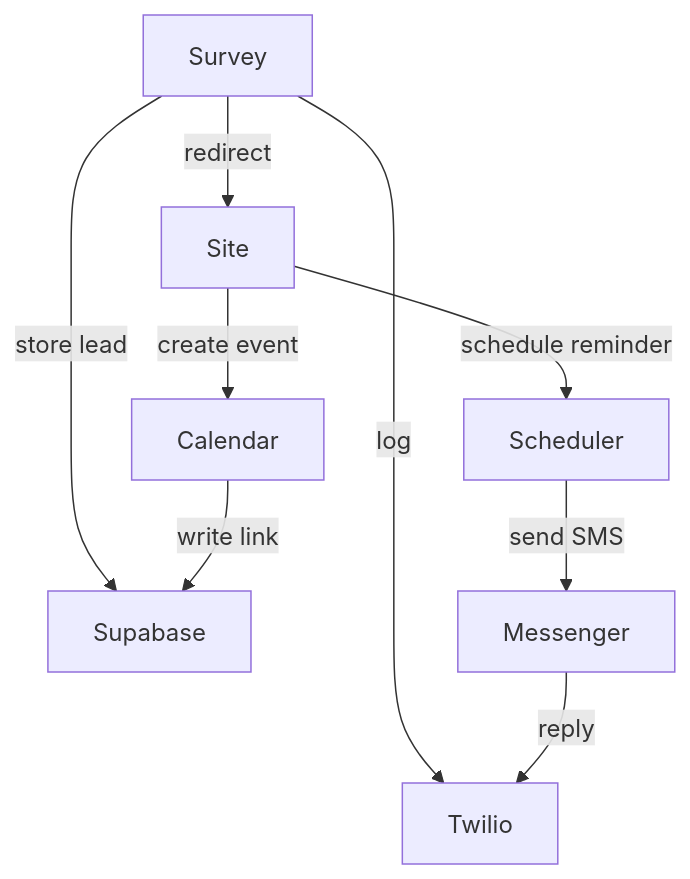
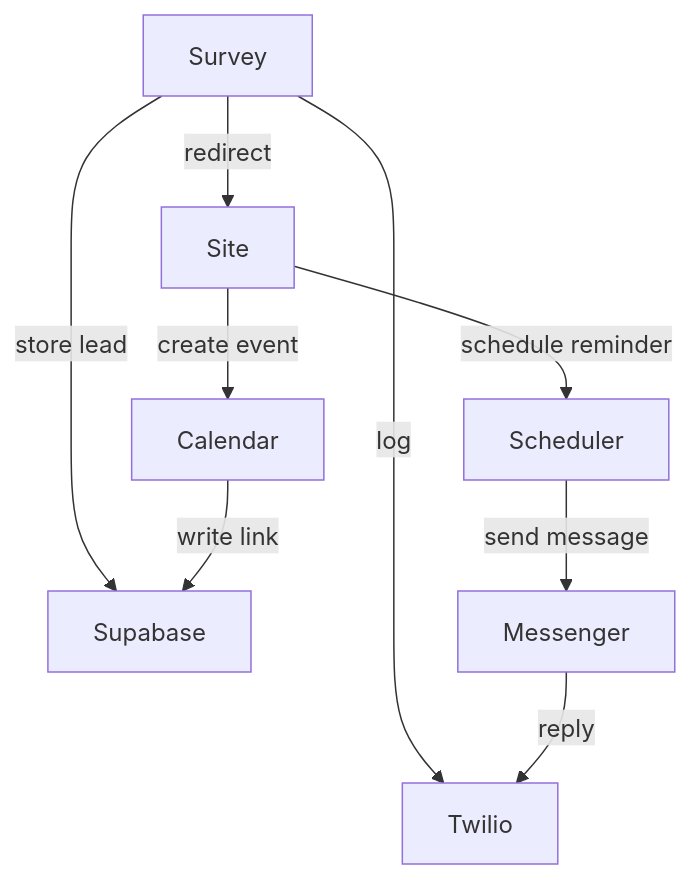
One commit to RichardSun026/Lead changed the diagram in docs/survey-flow.md. Above: the diagram before and after it, drawn with Mermaid. The commit also changed other lines of this file and 6 other files, not shown here.

````diff
--- a/docs/survey-flow.md
+++ b/docs/survey-flow.md
@@ -30,11 +30,11 @@
 ```mermaid
 flowchart TD
     Survey -->|store lead| Supabase
     Survey -->|log| Twilio
     Survey -->|redirect| Site
     Site -->|create event| Calendar
     Calendar -->|write link| Supabase
     Site -->|schedule reminder| Scheduler
-    Scheduler -->|send SMS| Messenger
+    Scheduler -->|send message| Messenger
     Messenger -->|reply| Twilio
 ```
````
